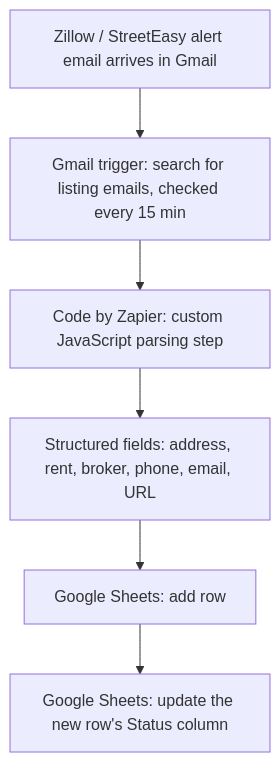
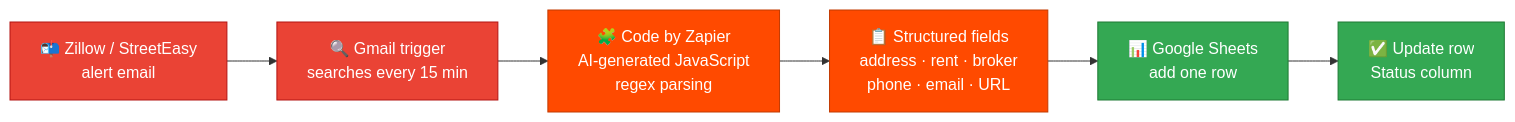
Before and after one commit to flamingblackman/lead-tracking-automation: the diagram in README.md, drawn with Mermaid. The commit also changed other lines of this file and 1 other file, not shown here.

Commit message:
Polish README: banner, badges, rendered mermaid diagram, pipeline table, Sheet mock, 10-second summary; fix JavaScript framing to AI-generated

````diff
--- a/README.md
+++ b/README.md
@@ -17,8 +20,15 @@
 ```mermaid
-flowchart TD
-    A[Zillow / StreetEasy alert email arrives in Gmail] --> B[Gmail trigger: search for listing emails, checked every 15 min]
-    B --> C[Code by Zapier: custom JavaScript parsing step]
-    C --> D[Structured fields: address, rent, broker, phone, email, URL]
-    D --> E[Google Sheets: add row]
-    E --> F[Google Sheets: update the new row's Status column]
+flowchart LR
+    A[📬 Zillow / StreetEasy<br/>alert email] --> B[🔍 Gmail trigger<br/>searches every 15 min]
+    B --> C[🧩 Code by Zapier<br/>AI-generated JavaScript<br/>regex parsing]
+    C --> D[📋 Structured fields<br/>address · rent · broker<br/>phone · email · URL]
+    D --> E[📊 Google Sheets<br/>add one row]
+    E --> F[✅ Update row<br/>Status column]
+
+    classDef mail fill:#EA4335,color:#fff,stroke:#B31412
+    classDef zap fill:#FF4A00,color:#fff,stroke:#C23A00
+    classDef sheet fill:#34A853,color:#fff,stroke:#1E7A34
+    class A,B mail
+    class C,D zap
+    class E,F sheet
 ```
````
